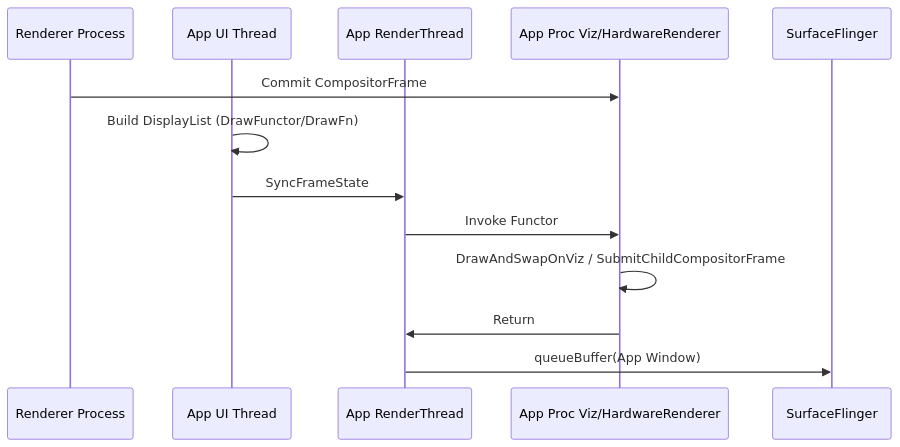
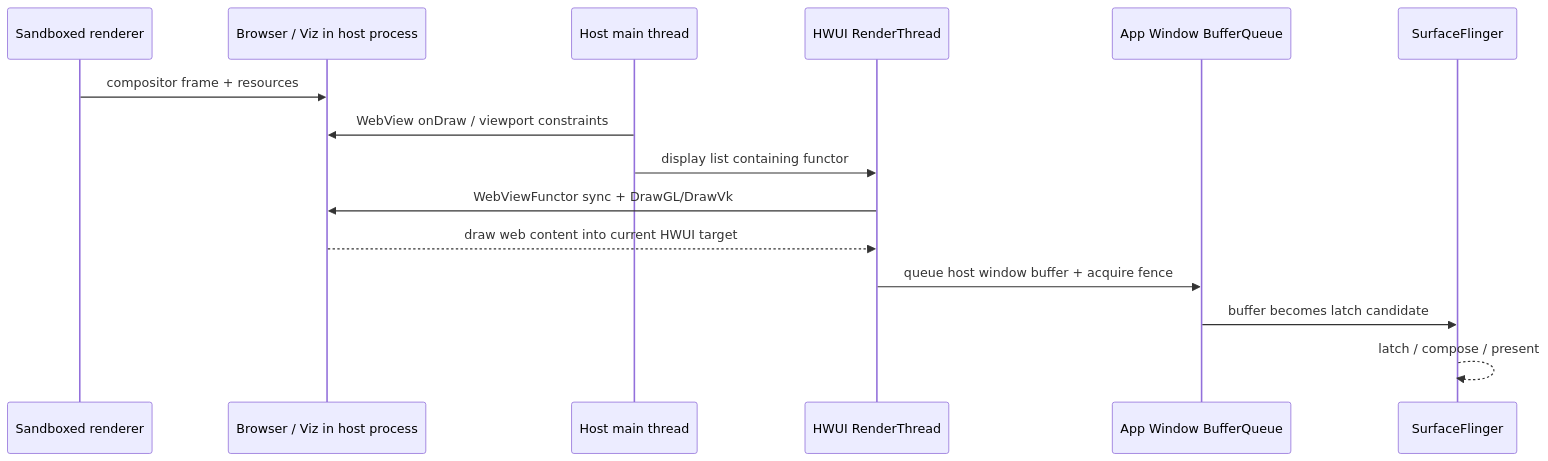
The second of 2 diagrams in src/part2-performance/ch18-rendering-pipelines/13-webview-rendering.md (Gracker/android-internals-wiki), drawn with Mermaid before and after one commit. The commit also changed other lines of this file, not shown here.

Commit message:
docs(rendering): review WebView pipeline for Android 17

````diff
--- a/src/part2-performance/ch18-rendering-pipelines/13-webview-rendering.md
+++ b/src/part2-performance/ch18-rendering-pipelines/13-webview-rendering.md
@@ -177,16 +188,18 @@
 ```mermaid
 sequenceDiagram
-    participant R as Renderer Process
-    participant UI as App UI Thread
-    participant RT as App RenderThread
-    participant V as App Proc Viz/HardwareRenderer
+    participant R as Sandboxed renderer
+    participant B as Browser / Viz in host process
+    participant UI as Host main thread
+    participant RT as HWUI RenderThread
+    participant W as App Window BufferQueue
     participant SF as SurfaceFlinger
 
-    R->>V: Commit CompositorFrame
-    UI->>UI: Build DisplayList (DrawFunctor/DrawFn)
-    UI->>RT: SyncFrameState
-    RT->>V: Invoke Functor
-    V->>V: DrawAndSwapOnViz / SubmitChildCompositorFrame
-    V->>RT: Return
-    RT->>SF: queueBuffer(App Window)
+    R->>B: compositor frame + resources
+    UI->>B: WebView onDraw / viewport constraints
+    UI->>RT: display list containing functor
+    RT->>B: WebViewFunctor sync + DrawGL/DrawVk
+    B-->>RT: draw web content into current HWUI target
+    RT->>W: queue host window buffer + acquire fence
+    W->>SF: buffer becomes latch candidate
+    SF-->>SF: latch / compose / present
 ```
````
